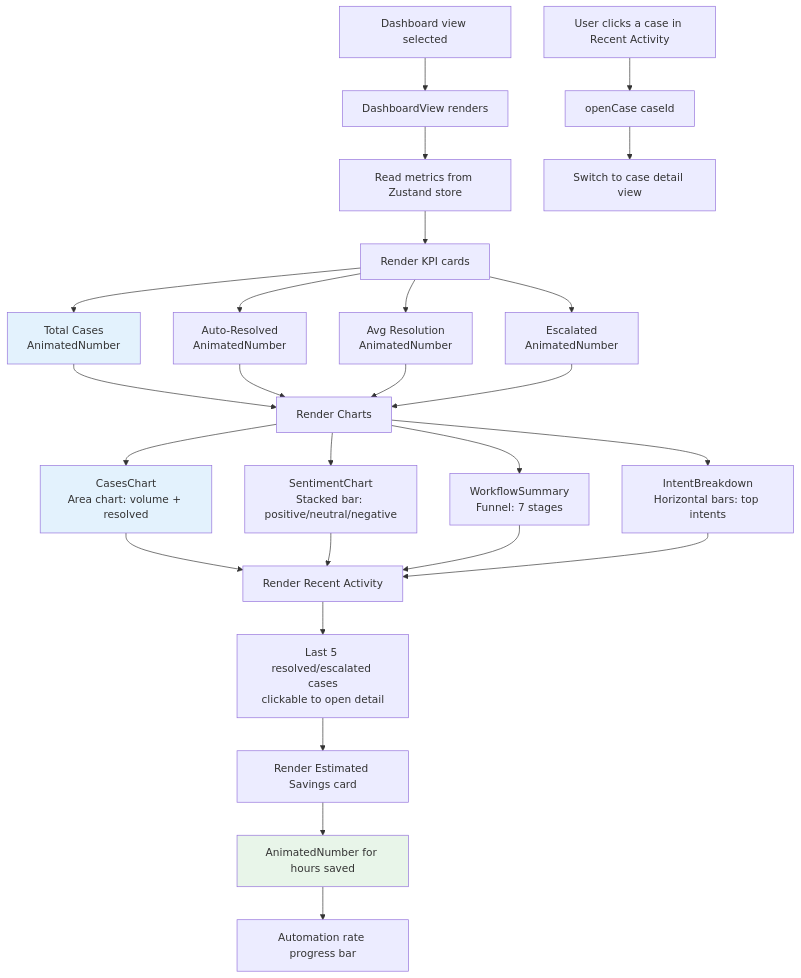
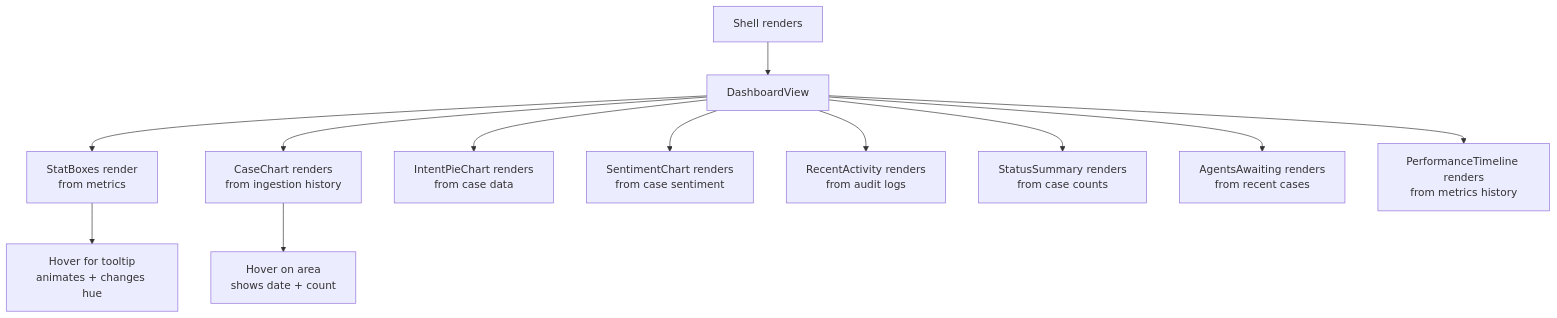
Before and after one commit to rmn2178/TENTACLE: diagram 18 of 26 in README.md, drawn with Mermaid. The commit also changed other lines of this file and 14 other files, not shown here.

````diff
--- a/README.md
+++ b/README.md
@@ -1068,33 +1094,15 @@
 ```mermaid
 flowchart TD
-    A[Dashboard view selected] --> B[DashboardView renders]
-    B --> C[Read metrics from Zustand store]
-    C --> D[Render KPI cards]
-    D --> D1[Total Cases<br/>AnimatedNumber]
-    D --> D2[Auto-Resolved<br/>AnimatedNumber]
-    D --> D3[Avg Resolution<br/>AnimatedNumber]
-    D --> D4[Escalated<br/>AnimatedNumber]
-    D1 --> E[Render Charts]
-    D2 --> E
-    D3 --> E
-    D4 --> E
-    E --> E1[CasesChart<br/>Area chart: volume + resolved]
-    E --> E2[SentimentChart<br/>Stacked bar: positive/neutral/negative]
-    E --> E3[WorkflowSummary<br/>Funnel: 7 stages]
-    E --> E4[IntentBreakdown<br/>Horizontal bars: top intents]
-    E1 --> F[Render Recent Activity]
-    E2 --> F
-    E3 --> F
-    E4 --> F
-    F --> F1[Last 5 resolved/escalated cases<br/>clickable to open detail]
-    F1 --> G[Render Estimated Savings card]
-    G --> G1[AnimatedNumber for hours saved]
-    G1 --> G2[Automation rate progress bar]
+    A[Shell renders] --> B[DashboardView]
+    B --> C[StatBoxes render<br/>from metrics]
+    B --> D[CaseChart renders<br/>from ingestion history]
+    B --> E[IntentPieChart renders<br/>from case data]
+    B --> F[SentimentChart renders<br/>from case sentiment]
+    B --> G[RecentActivity renders<br/>from audit logs]
+    B --> H[StatusSummary renders<br/>from case counts]
+    B --> I[AgentsAwaiting renders<br/>from recent cases]
+    B --> J[PerformanceTimeline renders<br/>from metrics history]
 
-    H[User clicks a case in Recent Activity] --> I[openCase caseId]
-    I --> J[Switch to case detail view]
-
-    style D1 fill:#e3f2fd
-    style E1 fill:#e3f2fd
-    style G1 fill:#e8f5e9
+    C --> C1[Hover for tooltip<br/>animates + changes hue]
+    D --> D1[Hover on area<br/>shows date + count]
 ```
````
